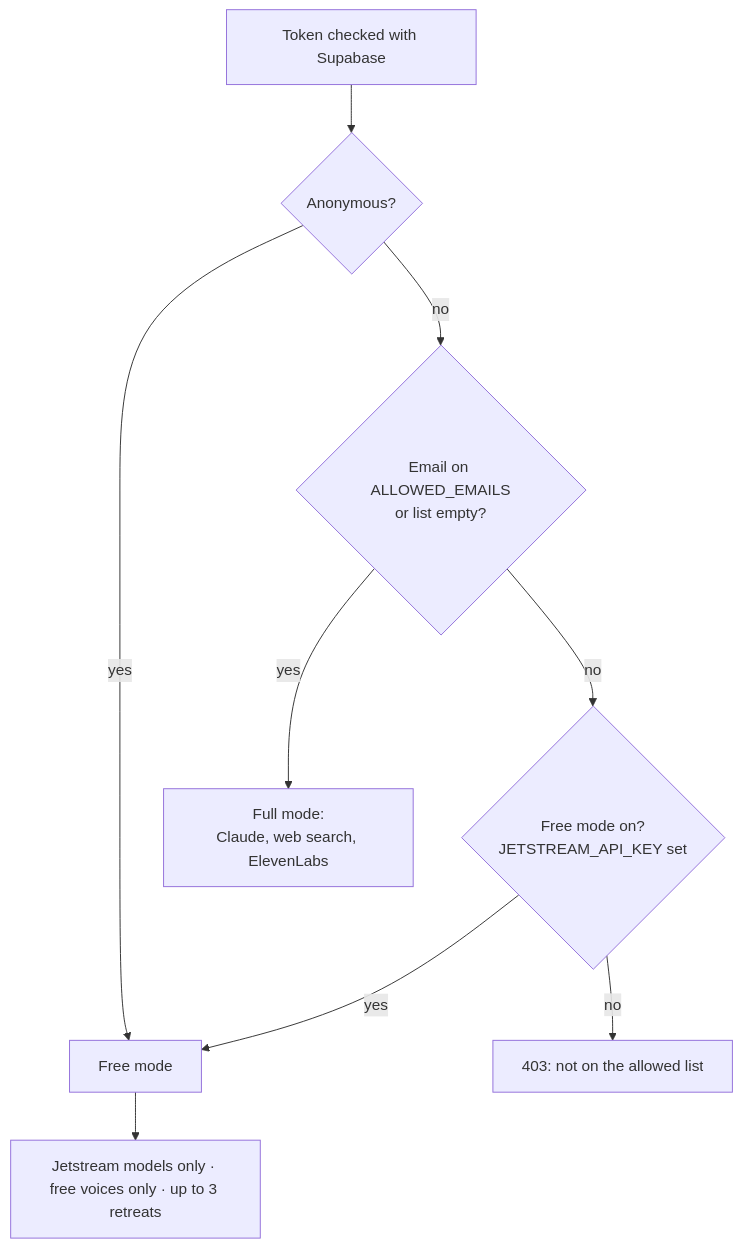
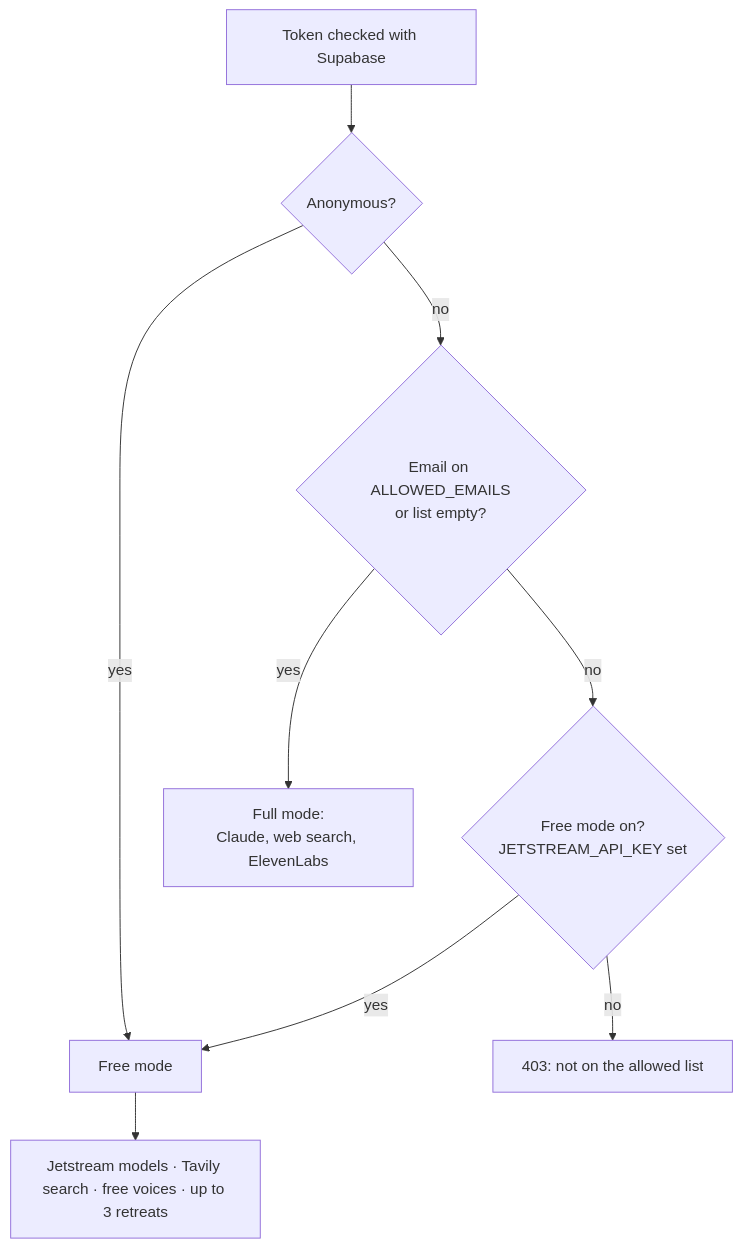
The eighth of 18 diagrams in docs/ARCHITECTURE.md (bcollier/ignatius-hw4-api), drawn with Mermaid before and after one commit. The commit also changed other lines of this file and 9 other files, not shown here.

First line of the commit message:
Tavily web search for free-mode deep dives, citing only returned sources

````diff
--- a/docs/ARCHITECTURE.md
+++ b/docs/ARCHITECTURE.md
@@ -359,11 +362,11 @@
 ```mermaid
 flowchart TD
     T["Token checked with Supabase"] --> A{Anonymous?}
     A -- yes --> F["Free mode"]
     A -- no --> E{Email on ALLOWED_EMAILS<br/>or list empty?}
     E -- yes --> FULL["Full mode:<br/>Claude, web search, ElevenLabs"]
     E -- no --> FM{Free mode on?<br/>JETSTREAM_API_KEY set}
     FM -- yes --> F
     FM -- no --> X["403: not on the allowed list"]
-    F --> FL["Jetstream models only · free voices only · up to 3 retreats"]
+    F --> FL["Jetstream models · Tavily search · free voices · up to 3 retreats"]
 ```
````
